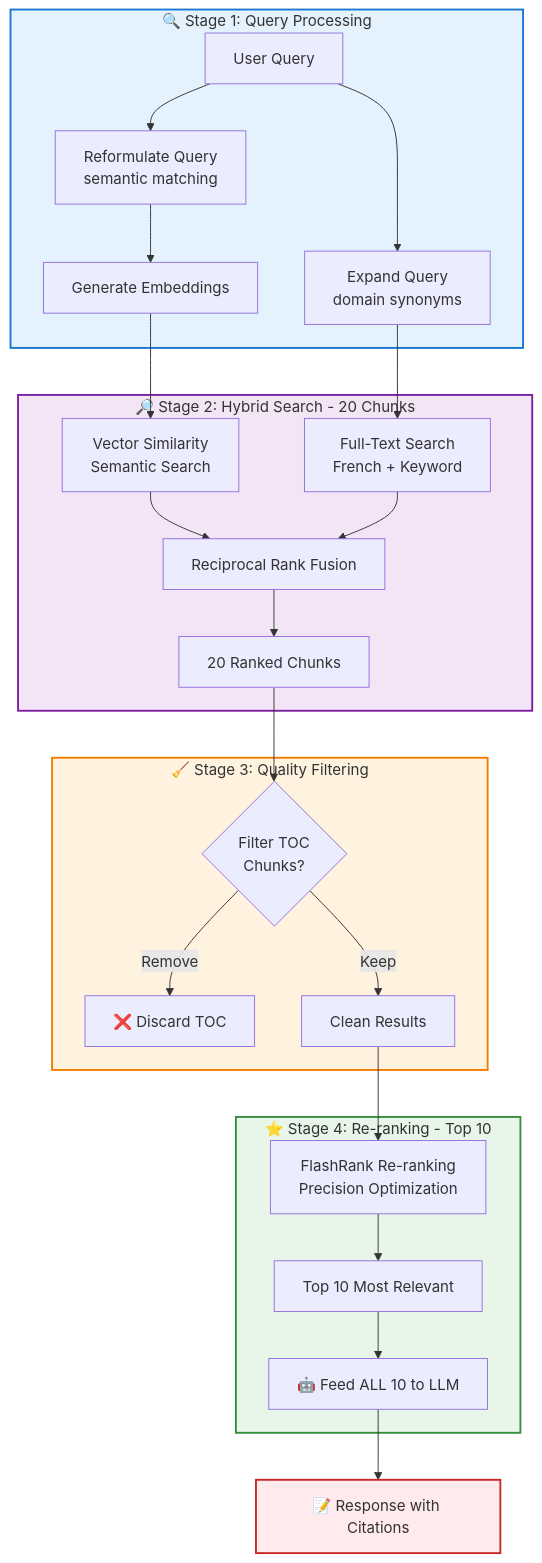
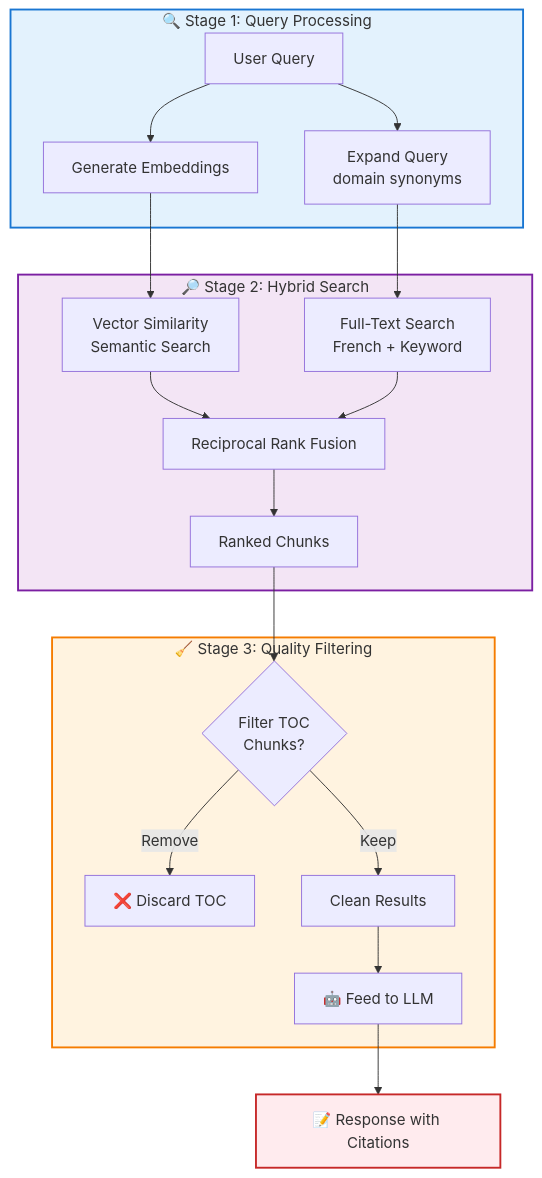
One commit to ggustin93/nextjs-fastapi-rag changed the fourth of 4 diagrams in README.md. Above: the diagram before and after it, drawn with Mermaid. The commit also changed other lines of this file and 8 other files, not shown here.

````diff
--- a/README.md
+++ b/README.md
@@ -221,37 +220,30 @@
 ```mermaid
 flowchart TD
     subgraph Input["🔍 Stage 1: Query Processing"]
         Query[User Query]
-        Query --> Reform[Reformulate Query<br/>semantic matching]
         Query --> Expand[Expand Query<br/>domain synonyms]
-        Reform --> Embed[Generate Embeddings]
+        Query --> Embed[Generate Embeddings]
     end
 
-    subgraph Search["🔎 Stage 2: Hybrid Search - 20 Chunks"]
+    subgraph Search["🔎 Stage 2: Hybrid Search"]
         Embed --> Vector[Vector Similarity<br/>Semantic Search]
         Expand --> FTS[Full-Text Search<br/>French + Keyword]
         Vector --> RRF[Reciprocal Rank Fusion]
         FTS --> RRF
-        RRF --> Results20[20 Ranked Chunks]
+        RRF --> Results[Ranked Chunks]
     end
 
     subgraph Filter["🧹 Stage 3: Quality Filtering"]
-        Results20 --> TOC{Filter TOC<br/>Chunks?}
+        Results --> TOC{Filter TOC<br/>Chunks?}
         TOC -->|Remove| Discard[❌ Discard TOC]
         TOC -->|Keep| Clean[Clean Results]
-    end
-
-    subgraph Rerank["⭐ Stage 4: Re-ranking - Top 10"]
-        Clean --> Flash[FlashRank Re-ranking<br/>Precision Optimization]
-        Flash --> Top10[Top 10 Most Relevant]
-        Top10 --> LLM[🤖 Feed ALL 10 to LLM]
+        Clean --> LLM[🤖 Feed to LLM]
     end
 
     LLM --> Response[📝 Response with Citations]
 
     style Input fill:#e3f2fd,stroke:#1976d2,stroke-width:2px
     style Search fill:#f3e5f5,stroke:#7b1fa2,stroke-width:2px
     style Filter fill:#fff3e0,stroke:#f57c00,stroke-width:2px
-    style Rerank fill:#e8f5e9,stroke:#388e3c,stroke-width:2px
     style Response fill:#ffebee,stroke:#c62828,stroke-width:2px
 ```
````
